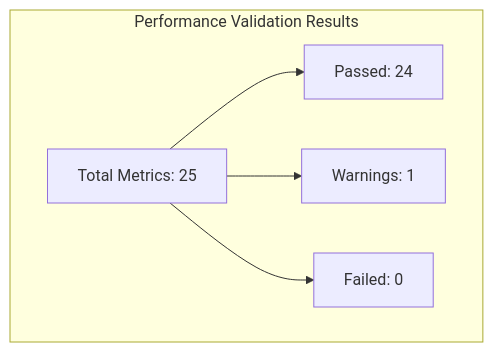
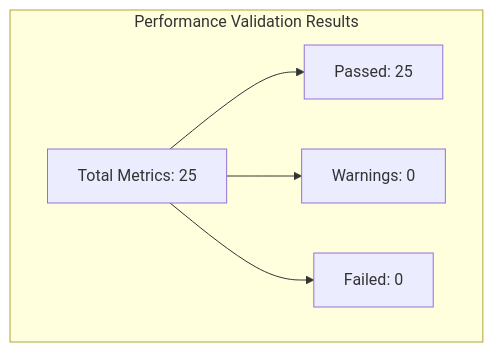
Before and after one commit to uclgsr/IRCamera: the diagram in testing-suite/testing-suite/results/benchmarks/performance_validation_diagram.md, drawn with Mermaid. The commit also changed other lines of this file and 20 other files, not shown here.

````diff
--- a/testing-suite/testing-suite/results/benchmarks/performance_validation_diagram.md
+++ b/testing-suite/testing-suite/results/benchmarks/performance_validation_diagram.md
@@ -3,12 +3,12 @@
 ```mermaid
 graph TB
     subgraph "Performance Validation Results"
         A[Total Metrics: 25]
-        B[Passed: 24]
-        C[Warnings: 1]
+        B[Passed: 25]
+        C[Warnings: 0]
         D[Failed: 0]
         A --> B
         A --> C
         A --> D
     end
 ```
````
